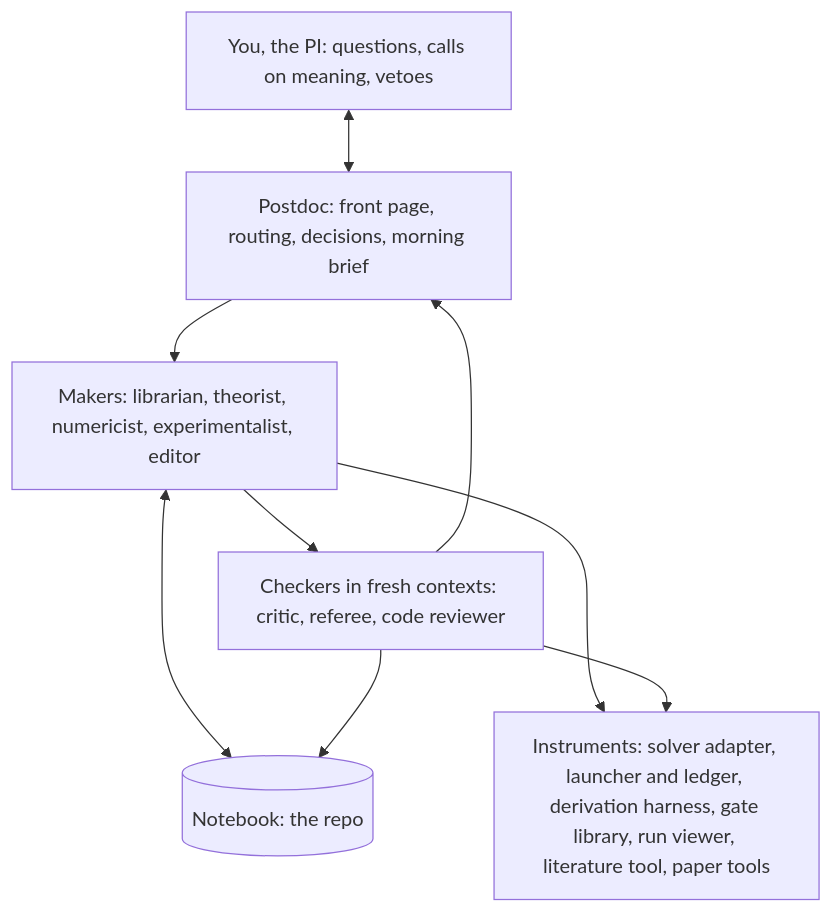
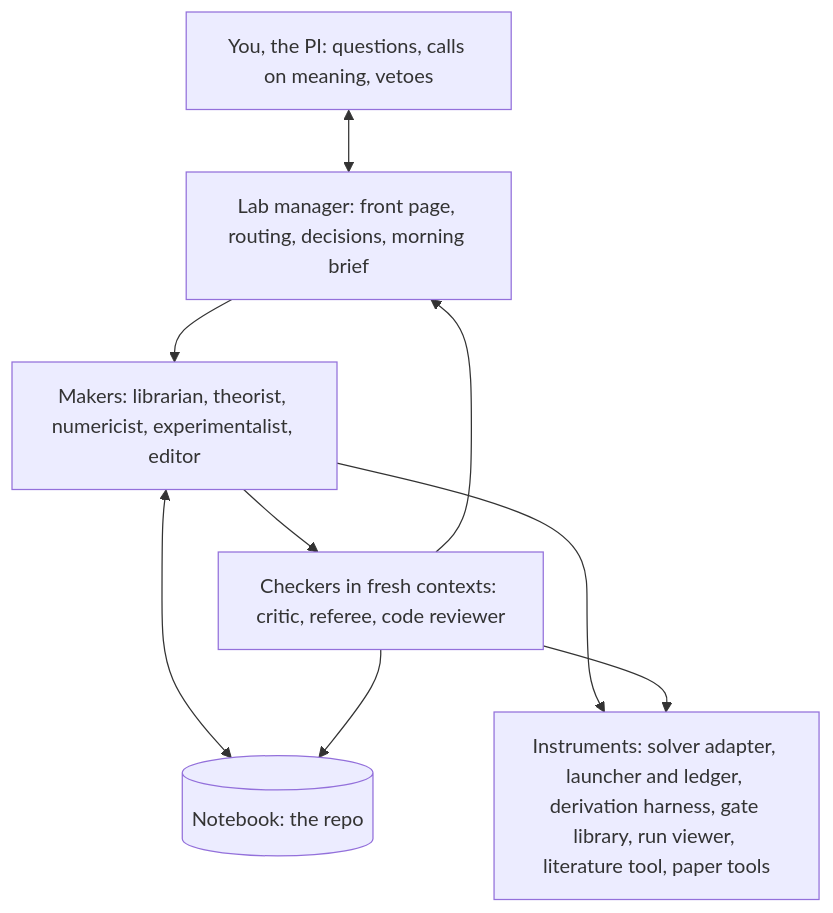
One commit to anjor/krmhd-research changed the diagram in docs/physics_stack.md. Above: the diagram before and after it, drawn with Mermaid. The commit also changed other lines of this file, not shown here.

First line of the commit message:
docs/physics_stack.md: call the coordinating role the lab manager

````diff
--- a/docs/physics_stack.md
+++ b/docs/physics_stack.md
@@ -81,17 +81,17 @@
 ```mermaid
 flowchart TB
   PI["You, the PI: questions, calls on meaning, vetoes"]
-  CS["Postdoc: front page, routing, decisions, morning brief"]
+  CS["Lab manager: front page, routing, decisions, morning brief"]
   MK["Makers: librarian, theorist, numericist, experimentalist, editor"]
   CK["Checkers in fresh contexts: critic, referee, code reviewer"]
   NB[("Notebook: the repo")]
   IN["Instruments: solver adapter, launcher and ledger, derivation harness, gate library, run viewer, literature tool, paper tools"]
   PI <--> CS
   CS --> MK
   MK --> CK
   CK --> CS
   MK <--> NB
   CK --> NB
   MK --> IN
   CK --> IN
 ```
````
